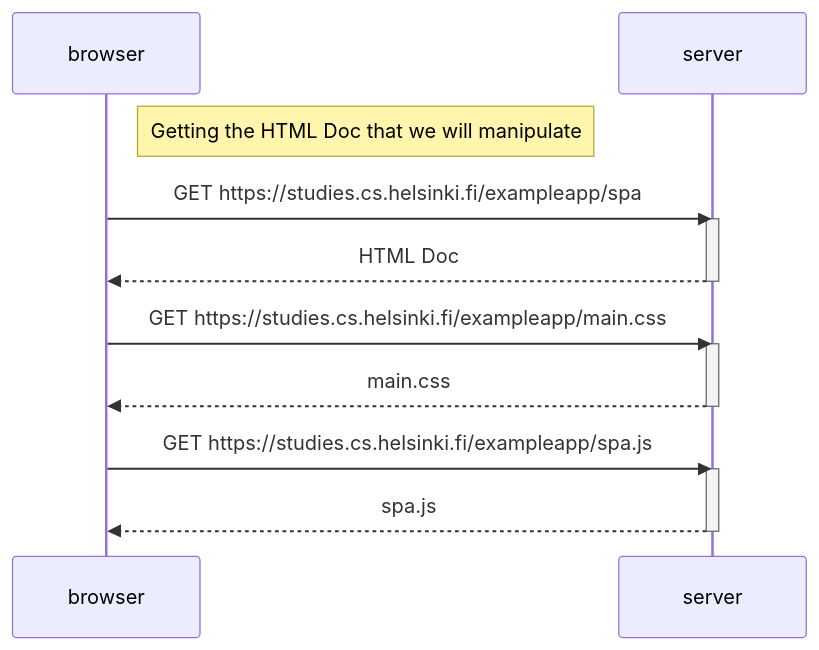
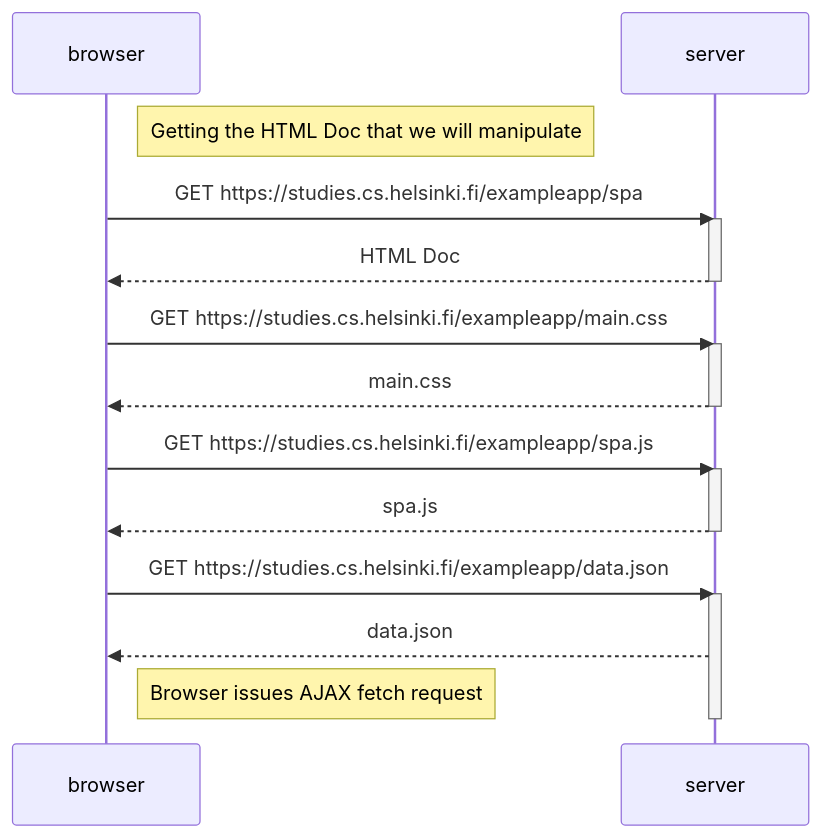
One commit to gokuman86/fullstackopen changed the diagram in part0/0.5.md. Above: the diagram before and after it, drawn with Mermaid.

````diff
--- a/part0/0.5.md
+++ b/part0/0.5.md
@@ -1,22 +1,28 @@
 ```mermaid
 sequenceDiagram
 
   participant browser
   participant server
 
   Note right of browser: Getting the HTML Doc that we will manipulate
   browser->>server: GET https://studies.cs.helsinki.fi/exampleapp/spa
   activate server
   server-->>browser: HTML Doc
   deactivate server
 
   browser->>server: GET https://studies.cs.helsinki.fi/exampleapp/main.css
   activate server
   server-->>browser: main.css
   deactivate server
 
   browser->>server: GET https://studies.cs.helsinki.fi/exampleapp/spa.js
   activate server
   server-->>browser: spa.js
   deactivate server
+
+  browser->>server: GET https://studies.cs.helsinki.fi/exampleapp/data.json
+  activate server
+  server-->>browser: data.json
+  Note right of browser: Browser issues AJAX fetch request
+  deactivate server
 ```
````
